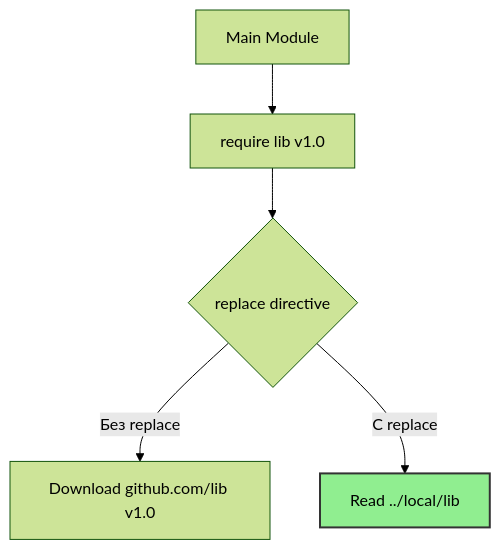
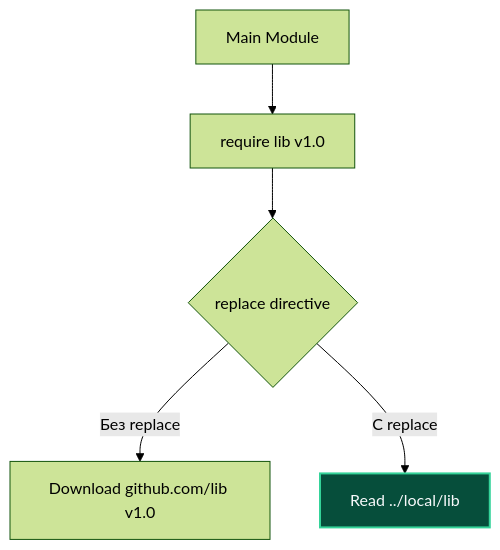
The diagram in sources/8. Инфраструктура языка, Тулинг и CI_CD/14. Dependency management. replace, exclude.md (UnrealTemplier/go-textbook), drawn with Mermaid (forest theme) before and after one commit. The commit also changed 310 other files, not shown here.

First line of the commit message:
fix(mermaid): replace light fill colors with dark palette for readability on dark theme

````diff
--- a/sources/8. Инфраструктура языка, Тулинг и CI_CD/14. Dependency management. replace, exclude.md
+++ b/sources/8. Инфраструктура языка, Тулинг и CI_CD/14. Dependency management. replace, exclude.md
@@ -37,10 +37,10 @@
 ```mermaid
 flowchart TD
     A["Main Module"] --> B["require lib v1.0"]
     B --> C{"replace directive"}
     
     C -- "Без replace" --> D["Download github.com/lib v1.0"]
     C -- "С replace" --> E["Read ../local/lib"]
     
-    style E fill:#90EE90,stroke:#333,stroke-width:2px
+    style E fill:#064e3b,stroke:#34d399,stroke-width:2px,color:#f8fafc
 ```
````
